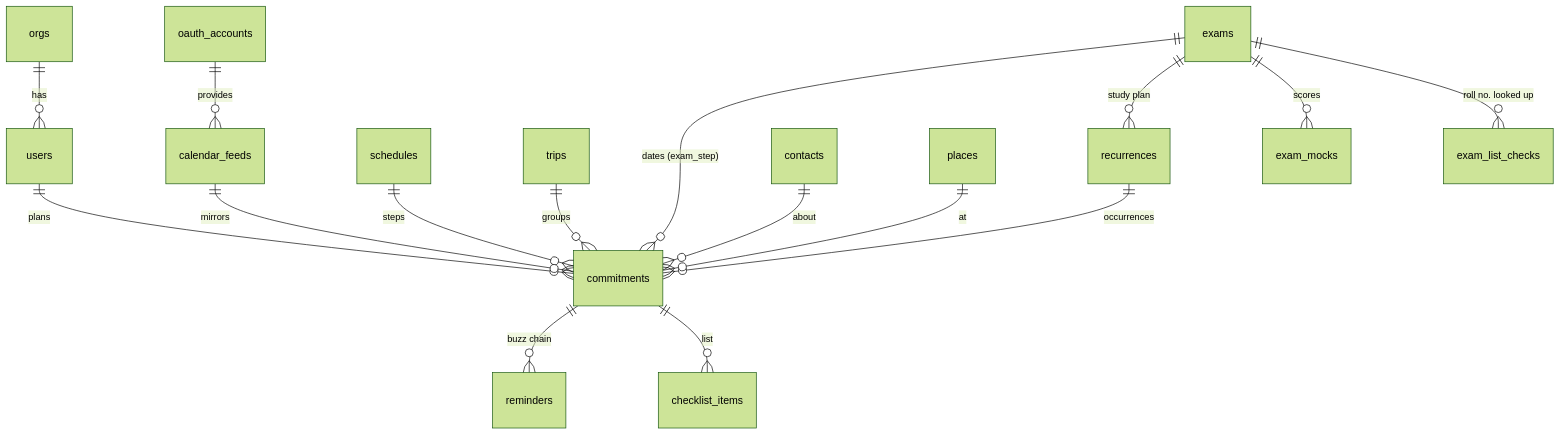
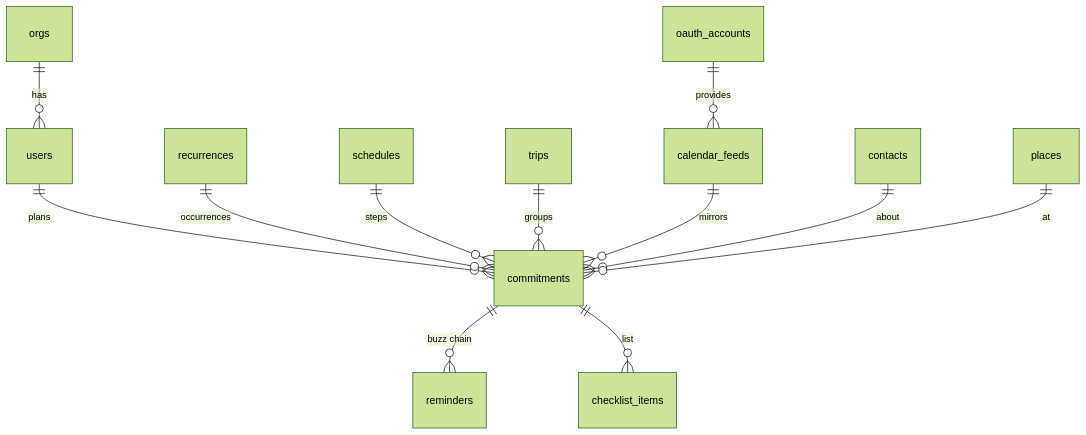
One commit to raghusince1998/cue changed the second of 6 diagrams in docs/DEVELOPER.md. Above: the diagram before and after it, drawn with Mermaid (forest theme). The commit also changed other lines of this file and 21 other files, not shown here.

````diff
--- a/docs/DEVELOPER.md
+++ b/docs/DEVELOPER.md
@@ -413,18 +371,14 @@
 ```mermaid
 erDiagram
   orgs ||--o{ users : has
   users ||--o{ commitments : plans
   commitments ||--o{ reminders : "buzz chain"
   commitments ||--o{ checklist_items : list
   recurrences ||--o{ commitments : "occurrences"
   schedules ||--o{ commitments : steps
   trips ||--o{ commitments : groups
   calendar_feeds ||--o{ commitments : mirrors
   oauth_accounts ||--o{ calendar_feeds : provides
   contacts ||--o{ commitments : about
   places ||--o{ commitments : at
-  exams ||--o{ commitments : "dates (exam_step)"
-  exams ||--o{ recurrences : "study plan"
-  exams ||--o{ exam_mocks : scores
-  exams ||--o{ exam_list_checks : "roll no. looked up"
 ```
````
